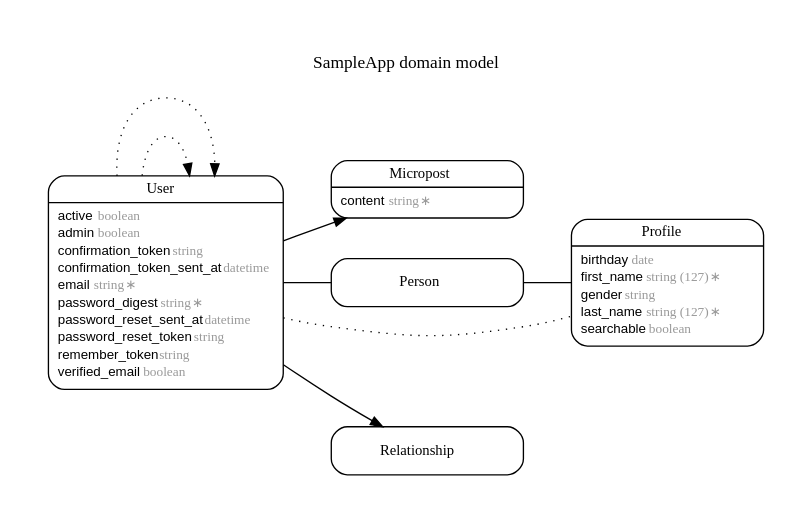
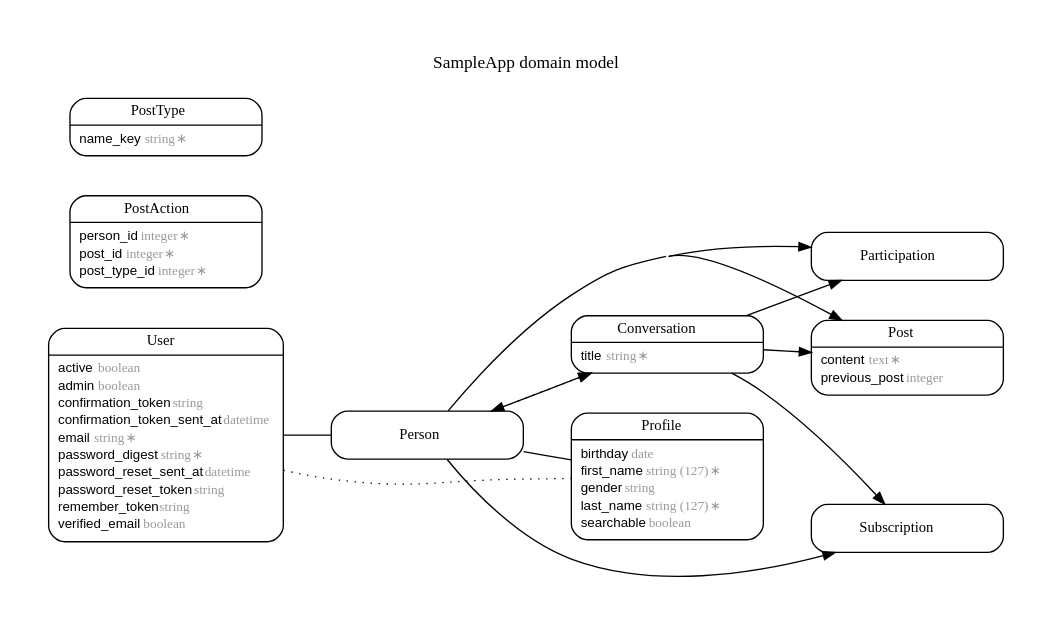
The diagram in erd.dot (byelipk/sample_app), drawn with Graphviz before and after one commit. The commit also changed 16 other files, not shown here.

```diff
--- a/erd.dot
+++ b/erd.dot
@@ -1,67 +1,102 @@
 digraph SampleApp {
 rankdir = "LR";
 ranksep = "0.5";
 nodesep = "0.4";
 pad = "0.4,0.4";
 margin = "0,0";
 concentrate = "true";
 labelloc = "t";
 fontsize = "13";
 fontname = "Arial Bold";
 node[ shape  =  "Mrecord" , fontsize  =  "10" , fontname  =  "Arial" , margin  =  "0.07,0.05" , penwidth  =  "1.0"];
 edge[ fontname  =  "Arial" , fontsize  =  "7" , dir  =  "both" , arrowsize  =  "0.9" , penwidth  =  "1.0" , labelangle  =  "32" , labeldistance  =  "1.8"];
 label = "SampleApp domain model\n\n";
-m_Micropost [label = <<table border="0" align="center" cellspacing="0.5" cellpadding="0" width="134">
-  <tr><td align="center" valign="bottom" width="130"><font face="Arial Bold" point-size="11">Micropost</font></td></tr>
+m_Conversation [label = <<table border="0" align="center" cellspacing="0.5" cellpadding="0" width="134">
+  <tr><td align="center" valign="bottom" width="130"><font face="Arial Bold" point-size="11">Conversation</font></td></tr>
 </table>
 |
 <table border="0" align="left" cellspacing="2" cellpadding="0" width="134">
-  <tr><td align="left" width="130" port="content">content <font face="Arial Italic" color="grey60">string ∗</font></td></tr>
+  <tr><td align="left" width="130" port="title">title <font face="Arial Italic" color="grey60">string ∗</font></td></tr>
+</table>
+>];
+m_Participation [label = <<table border="0" align="center" cellspacing="0.5" cellpadding="0" width="134">
+  <tr><td align="center" valign="bottom" width="130"><font face="Arial Bold" point-size="11">Participation</font></td></tr>
 </table>
 >];
 m_Person [label = <<table border="0" align="center" cellspacing="0.5" cellpadding="0" width="134">
   <tr><td align="center" valign="bottom" width="130"><font face="Arial Bold" point-size="11">Person</font></td></tr>
+</table>
+>];
+m_Post [label = <<table border="0" align="center" cellspacing="0.5" cellpadding="0" width="134">
+  <tr><td align="center" valign="bottom" width="130"><font face="Arial Bold" point-size="11">Post</font></td></tr>
+</table>
+|
+<table border="0" align="left" cellspacing="2" cellpadding="0" width="134">
+  <tr><td align="left" width="130" port="content">content <font face="Arial Italic" color="grey60">text ∗</font></td></tr>
+  <tr><td align="left" width="130" port="previous_post">previous_post <font face="Arial Italic" color="grey60">integer</font></td></tr>
+</table>
+>];
+m_PostAction [label = <<table border="0" align="center" cellspacing="0.5" cellpadding="0" width="134">
+  <tr><td align="center" valign="bottom" width="130"><font face="Arial Bold" point-size="11">PostAction</font></td></tr>
+</table>
+|
+<table border="0" align="left" cellspacing="2" cellpadding="0" width="134">
+  <tr><td align="left" width="130" port="person_id">person_id <font face="Arial Italic" color="grey60">integer ∗</font></td></tr>
+  <tr><td align="left" width="130" port="post_id">post_id <font face="Arial Italic" color="grey60">integer ∗</font></td></tr>
+  <tr><td align="left" width="130" port="post_type_id">post_type_id <font face="Arial Italic" color="grey60">integer ∗</font></td></tr>
+</table>
+>];
+m_PostType [label = <<table border="0" align="center" cellspacing="0.5" cellpadding="0" width="134">
+  <tr><td align="center" valign="bottom" width="130"><font face="Arial Bold" point-size="11">PostType</font></td></tr>
+</table>
+|
+<table border="0" align="left" cellspacing="2" cellpadding="0" width="134">
+  <tr><td align="left" width="130" port="name_key">name_key <font face="Arial Italic" color="grey60">string ∗</font></td></tr>
 </table>
 >];
 m_Profile [label = <<table border="0" align="center" cellspacing="0.5" cellpadding="0" width="134">
   <tr><td align="center" valign="bottom" width="130"><font face="Arial Bold" point-size="11">Profile</font></td></tr>
 </table>
 |
 <table border="0" align="left" cellspacing="2" cellpadding="0" width="134">
   <tr><td align="left" width="130" port="birthday">birthday <font face="Arial Italic" color="grey60">date</font></td></tr>
   <tr><td align="left" width="130" port="first_name">first_name <font face="Arial Italic" color="grey60">string (127) ∗</font></td></tr>
   <tr><td align="left" width="130" port="gender">gender <font face="Arial Italic" color="grey60">string</font></td></tr>
   <tr><td align="left" width="130" port="last_name">last_name <font face="Arial Italic" color="grey60">string (127) ∗</font></td></tr>
   <tr><td align="left" width="130" port="searchable">searchable <font face="Arial Italic" color="grey60">boolean</font></td></tr>
 </table>
 >];
-m_Relationship [label = <<table border="0" align="center" cellspacing="0.5" cellpadding="0" width="134">
-  <tr><td align="center" valign="bottom" width="130"><font face="Arial Bold" point-size="11">Relationship</font></td></tr>
+m_Subscription [label = <<table border="0" align="center" cellspacing="0.5" cellpadding="0" width="134">
+  <tr><td align="center" valign="bottom" width="130"><font face="Arial Bold" point-size="11">Subscription</font></td></tr>
 </table>
 >];
 m_User [label = <<table border="0" align="center" cellspacing="0.5" cellpadding="0" width="134">
   <tr><td align="center" valign="bottom" width="130"><font face="Arial Bold" point-size="11">User</font></td></tr>
 </table>
 |
 <table border="0" align="left" cellspacing="2" cellpadding="0" width="134">
   <tr><td align="left" width="130" port="active">active <font face="Arial Italic" color="grey60">boolean</font></td></tr>
   <tr><td align="left" width="130" port="admin">admin <font face="Arial Italic" color="grey60">boolean</font></td></tr>
   <tr><td align="left" width="130" port="confirmation_token">confirmation_token <font face="Arial Italic" color="grey60">string</font></td></tr>
   <tr><td align="left" width="130" port="confirmation_token_sent_at">confirmation_token_sent_at <font face="Arial Italic" color="grey60">datetime</font></td></tr>
   <tr><td align="left" width="130" port="email">email <font face="Arial Italic" color="grey60">string ∗</font></td></tr>
   <tr><td align="left" width="130" port="password_digest">password_digest <font face="Arial Italic" color="grey60">string ∗</font></td></tr>
   <tr><td align="left" width="130" port="password_reset_sent_at">password_reset_sent_at <font face="Arial Italic" color="grey60">datetime</font></td></tr>
   <tr><td align="left" width="130" port="password_reset_token">password_reset_token <font face="Arial Italic" color="grey60">string</font></td></tr>
   <tr><td align="left" width="130" port="remember_token">remember_token <font face="Arial Italic" color="grey60">string</font></td></tr>
   <tr><td align="left" width="130" port="verified_email">verified_email <font face="Arial Italic" color="grey60">boolean</font></td></tr>
 </table>
 >];
-  m_User -> m_Micropost [arrowhead = "normal", arrowtail = "none", weight = "2"];
-  m_User -> m_Relationship [arrowhead = "normal", arrowtail = "none", weight = "2"];
-  m_User -> m_Relationship [arrowhead = "normal", arrowtail = "none", weight = "2"];
+  m_Person -> m_Conversation [arrowhead = "normal", arrowtail = "none", weight = "2"];
+  m_Conversation -> m_Participation [arrowhead = "normal", arrowtail = "none", weight = "2"];
+  m_Conversation -> m_Person [style = "dotted", arrowhead = "normal", arrowtail = "none", weight = "1", constraint = "false"];
+  m_Conversation -> m_Post [arrowhead = "normal", arrowtail = "none", weight = "2"];
+  m_Conversation -> m_Subscription [arrowhead = "normal", arrowtail = "none", weight = "2"];
   m_User -> m_Person [arrowhead = "none", arrowtail = "none", weight = "2"];
   m_User -> m_Profile [style = "dotted", arrowhead = "none", arrowtail = "none", weight = "1", constraint = "false"];
-  m_User -> m_User [style = "dotted", arrowhead = "normal", arrowtail = "none", weight = "1", constraint = "false"];
-  m_User -> m_User [style = "dotted", arrowhead = "normal", arrowtail = "none", weight = "1", constraint = "false"];
+  m_Person -> m_Participation [arrowhead = "normal", arrowtail = "none", weight = "2"];
   m_Person -> m_Profile [arrowhead = "none", arrowtail = "none", weight = "2"];
+  m_Person -> m_Conversation [style = "dotted", arrowhead = "normal", arrowtail = "none", weight = "1", constraint = "false"];
+  m_Person -> m_Post [arrowhead = "normal", arrowtail = "none", weight = "2"];
+  m_Person -> m_Subscription [arrowhead = "normal", arrowtail = "none", weight = "2"];
 }
```
